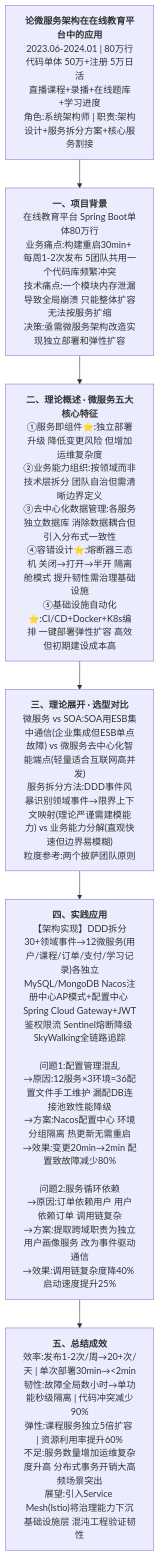
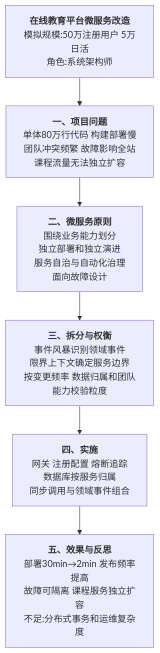
Before and after one commit to EdgarLQS/SoftwareArchitectureExamGuide: the first of 3 diagrams in 02-论文专题/0004-微服务/00-大纲记忆卡.md, drawn with Mermaid. The commit also changed other lines of this file, not shown here.

Commit message:
fix(essay): clarify microservices boundaries and SOA comparison

````diff
--- a/02-论文专题/0004-微服务/00-大纲记忆卡.md
+++ b/02-论文专题/0004-微服务/00-大纲记忆卡.md
@@ -11,14 +24,9 @@
 ```mermaid
 graph TD
-    ROOT["<b>论微服务架构在在线教育平台中的应用</b><br/>2023.06-2024.01 | 80万行代码单体 50万+注册 5万日活<br/>直播课程+录播+在线题库+学习进度<br/>角色:系统架构师 | 职责:架构设计+服务拆分方案+核心服务割接"]
-
-    ROOT --> P1["<b>一、项目背景</b><br/>在线教育平台 Spring Boot单体80万行<br/>业务痛点:构建重启30min+ 每周1-2次发布 5团队共用一个代码库频繁冲突<br/>技术痛点:一个模块内存泄漏导致全局崩溃 只能整体扩容无法按服务扩缩<br/>决策:亟需微服务架构改造实现独立部署和弹性扩容"]
-
-    P1 --> P2["<b>二、理论概述 · 微服务五大核心特征</b><br/>①服务即组件⭐:独立部署升级 降低变更风险 但增加运维复杂度<br/>②业务能力组织:按领域而非技术层拆分 团队自治但需清晰边界定义<br/>③去中心化数据管理:各服务独立数据库 消除数据耦合但引入分布式一致性<br/>④容错设计⭐:熔断器三态机 关闭→打开→半开 隔离舱模式 提升韧性需治理基础设施<br/>⑤基础设施自动化⭐:CI/CD+Docker+K8s编排 一键部署弹性扩容 高效但初期建设成本高"]
-
-    P2 --> P3["<b>三、理论展开 · 选型对比</b><br/>微服务 vs SOA:SOA用ESB集中通信(企业集成但ESB单点故障) vs 微服务去中心化智能端点(轻量适合互联网高并发)<br/>服务拆分方法:DDD事件风暴识别领域事件→限界上下文映射(理论严谨需建模能力) vs 业务能力分解(直观快速但边界易模糊)<br/>粒度参考:两个披萨团队原则"]
-
-    P3 --> P4["<b>四、实践应用</b><br/>【架构实现】DDD拆分30+领域事件→12微服务(用户/课程/订单/支付/学习记录)各独立MySQL/MongoDB Nacos注册中心AP模式+配置中心 Spring Cloud Gateway+JWT鉴权限流 Sentinel熔断降级 SkyWalking全链路追踪<br/><br/>问题1:配置管理混乱<br/>→原因:12服务×3环境=36配置文件手工维护 漏配DB连接池致性能降级<br/>→方案:Nacos配置中心 环境分组隔离 热更新无需重启<br/>→效果:变更20min→2min 配置致故障减少80%<br/><br/>问题2:服务循环依赖<br/>→原因:订单依赖用户 用户依赖订单 调用链复杂<br/>→方案:提取跨域职责为独立用户画像服务 改为事件驱动通信<br/>→效果:调用链复杂度降40% 启动速度提升25%"]
-
-    P4 --> P5["<b>五、总结成效</b><br/>效率:发布1-2次/周→20+次/天 | 单次部署30min→<2min<br/>韧性:故障全局数小时→单功能秒级隔离 | 代码冲突减少90%<br/>弹性:课程服务独立5倍扩容 | 资源利用率提升60%<br/>不足:服务数量增加运维复杂度升高 分布式事务开销大高频场景突出<br/>展望:引入Service Mesh(Istio)将治理能力下沉基础设施层 混沌工程验证韧性"]
+    ROOT["<b>在线教育平台微服务改造</b><br/>模拟规模:50万注册用户 5万日活<br/>角色:系统架构师"]
+    ROOT --> P1["<b>一、项目问题</b><br/>单体80万行代码 构建部署慢<br/>团队冲突频繁 故障影响全站<br/>课程流量无法独立扩容"]
+    P1 --> P2["<b>二、微服务原则</b><br/>围绕业务能力划分<br/>独立部署和独立演进<br/>服务自治与自动化治理<br/>面向故障设计"]
+    P2 --> P3["<b>三、拆分与权衡</b><br/>事件风暴识别领域事件<br/>限界上下文确定服务边界<br/>按变更频率 数据归属和团队能力校验粒度"]
+    P3 --> P4["<b>四、实施</b><br/>网关 注册配置 熔断追踪<br/>数据库按服务归属<br/>同步调用与领域事件组合"]
+    P4 --> P5["<b>五、效果与反思</b><br/>部署30min→2min 发布频率提高<br/>故障可隔离 课程服务独立扩容<br/>不足:分布式事务和运维复杂度"]
 ```
````
